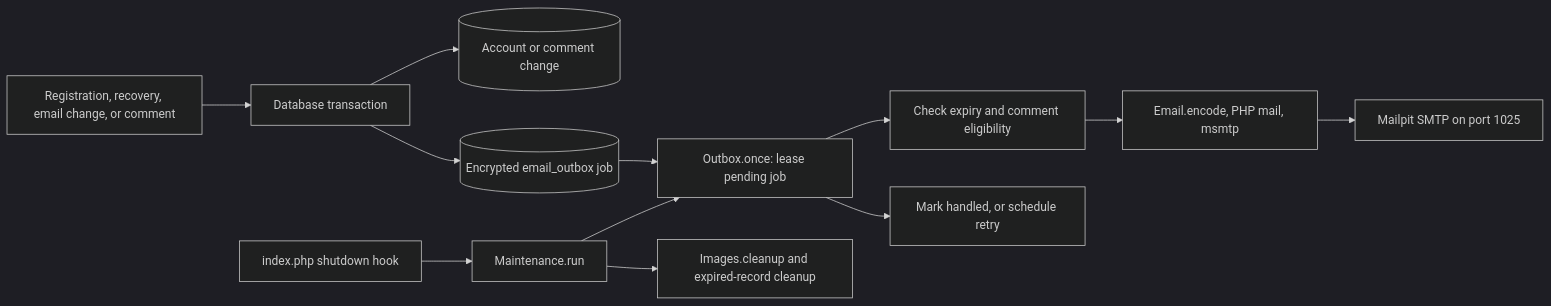
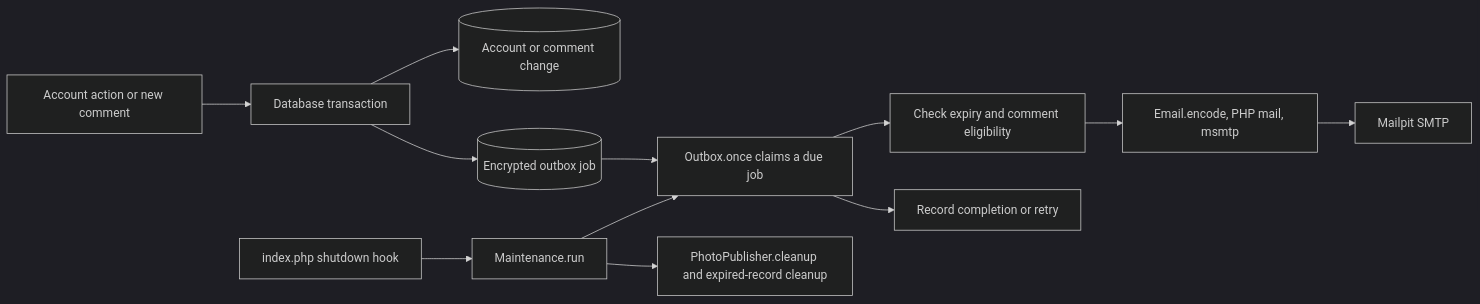
Before and after one commit to mtellami/camagru: the sixth of 8 diagrams in ARCHITECTURE.md, drawn with Mermaid (dark theme). The commit also changed other lines of this file and 53 other files, not shown here.

````diff
--- a/ARCHITECTURE.md
+++ b/ARCHITECTURE.md
@@ -239,14 +259,14 @@
 ```mermaid
 flowchart LR
-    Action[Registration, recovery, email change, or comment] --> Transaction[Database transaction]
+    Action[Account action or new comment] --> Transaction[Database transaction]
     Transaction --> Change[(Account or comment change)]
-    Transaction --> Queue[(Encrypted email_outbox job)]
+    Transaction --> Queue[(Encrypted outbox job)]
     Shutdown[index.php shutdown hook] --> Maintenance[Maintenance.run]
-    Maintenance --> Delivery[Outbox.once: lease pending job]
+    Maintenance --> Delivery[Outbox.once claims a due job]
     Queue --> Delivery
     Delivery --> Check[Check expiry and comment eligibility]
     Check --> Send[Email.encode, PHP mail, msmtp]
-    Send --> Mailpit[Mailpit SMTP on port 1025]
-    Delivery --> Result[Mark handled, or schedule retry]
-    Maintenance --> Cleanup[Images.cleanup and expired-record cleanup]
+    Send --> Mailpit[Mailpit SMTP]
+    Delivery --> Result[Record completion or retry]
+    Maintenance --> Cleanup[PhotoPublisher.cleanup and expired-record cleanup]
 ```
````
